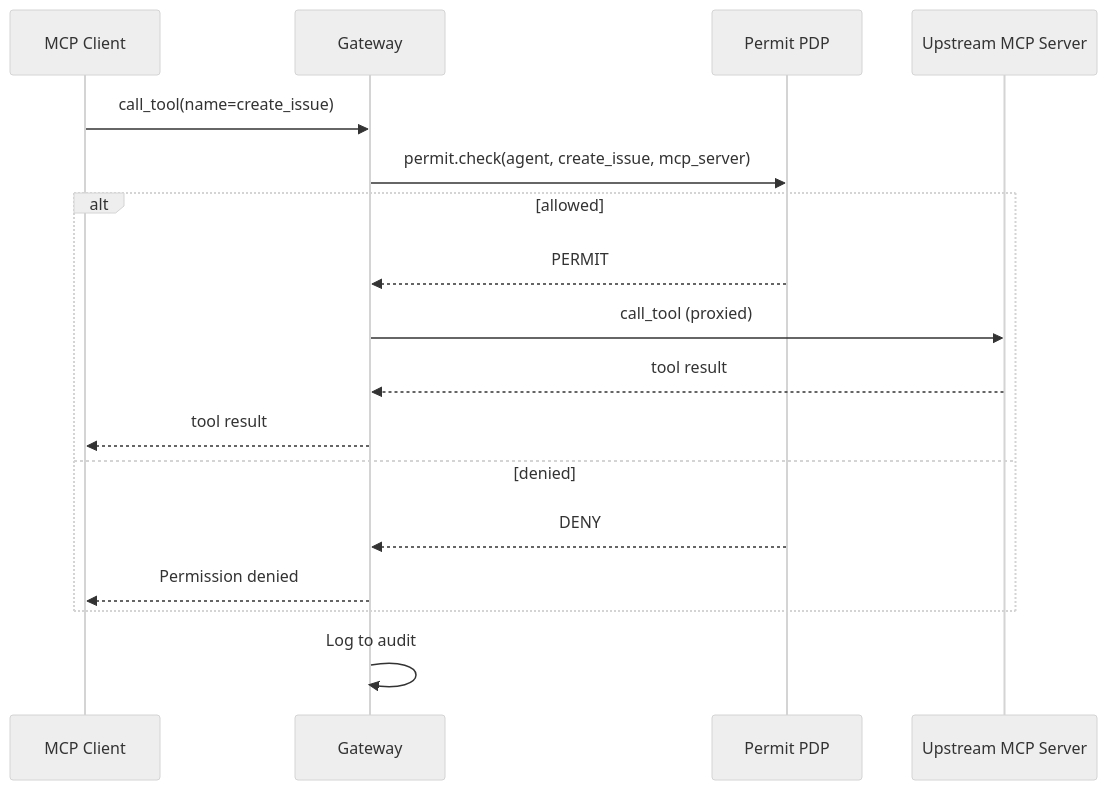
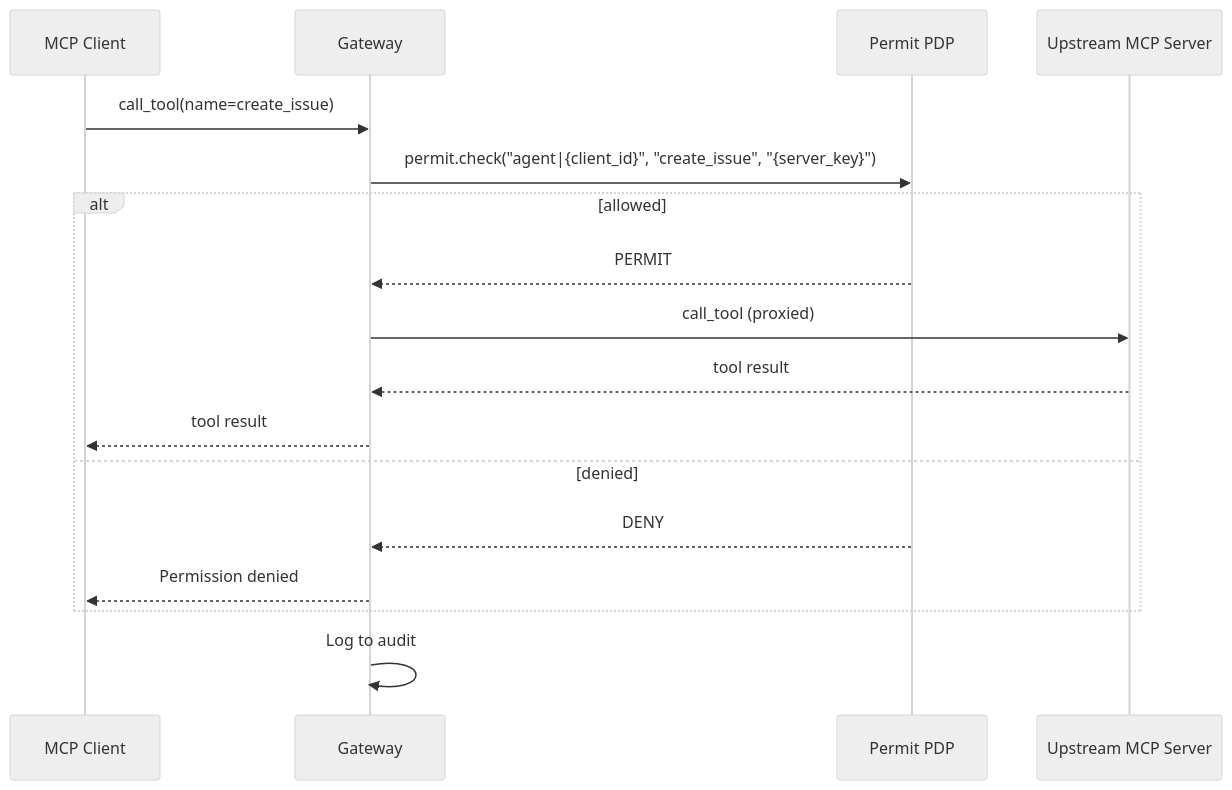
The fourth of 4 diagrams in docs/ai-security/mcp-permissions/architecture.mdx (permitio/docs), drawn with Mermaid (neutral theme) before and after one commit. The commit also changed other lines of this file and 2 other files, not shown here.

Commit message:
Update package-lock.json and remove yarn.lock; modify architecture documentation for MCP permissions to clarify hosted gateway URL and enhance resource mapping details.

````diff
--- a/docs/ai-security/mcp-permissions/architecture.mdx
+++ b/docs/ai-security/mcp-permissions/architecture.mdx
@@ -161,20 +167,20 @@
 ```mermaid
 sequenceDiagram
     participant C as MCP Client
     participant G as Gateway
     participant P as Permit PDP
     participant M as Upstream MCP Server
 
     C->>G: call_tool(name=create_issue)
-    G->>P: permit.check(agent, create_issue, mcp_server)
+    G->>P: permit.check("agent|{client_id}", "create_issue", "{server_key}")
     alt allowed
         P-->>G: PERMIT
         G->>M: call_tool (proxied)
         M-->>G: tool result
         G-->>C: tool result
     else denied
         P-->>G: DENY
         G-->>C: Permission denied
     end
     G->>G: Log to audit
 ```
````
